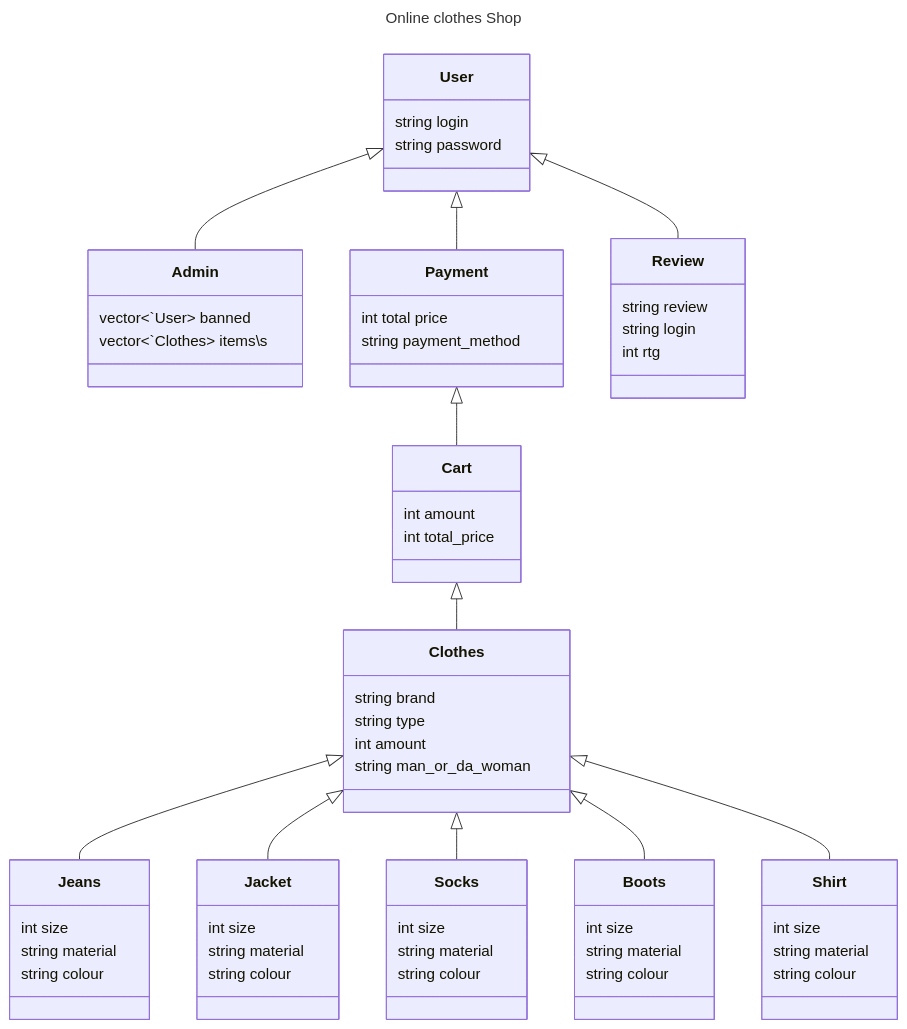
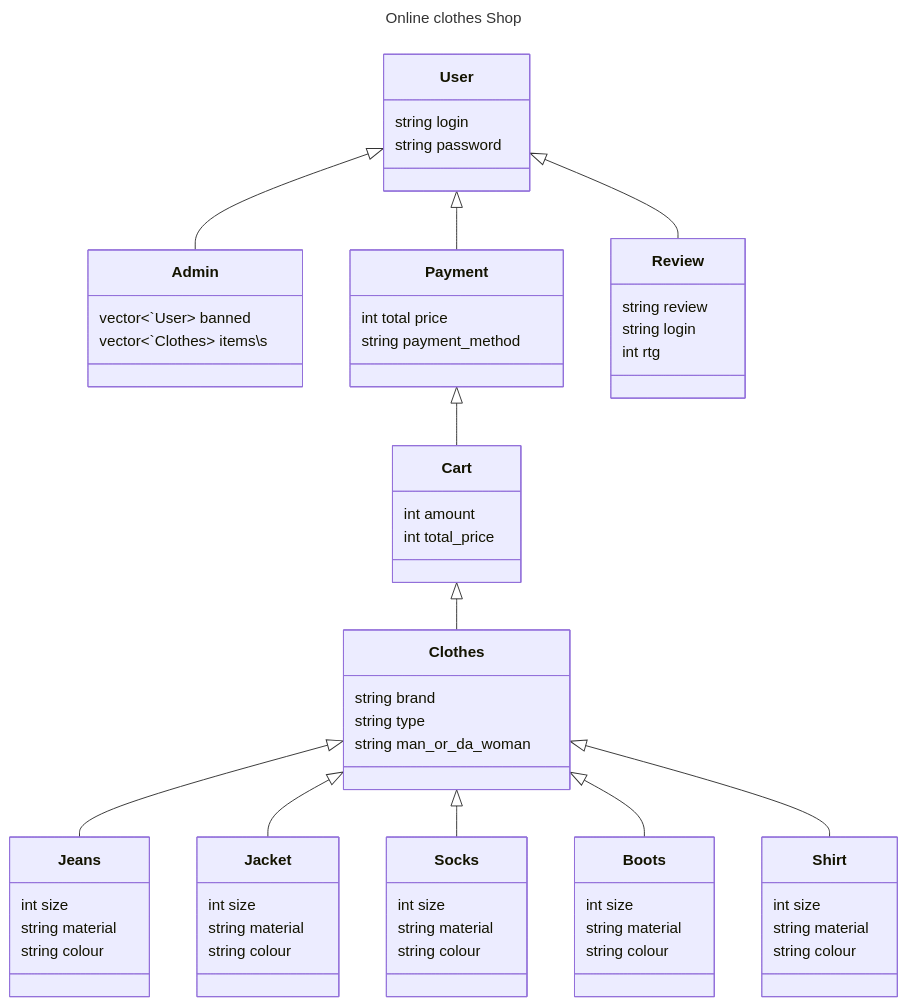
The diagram in README.md (octolss/team_lead), drawn with Mermaid before and after one commit. The commit also changed 1 other file, not shown here.

````diff
--- a/README.md
+++ b/README.md
@@ -1,82 +1,81 @@
 ```mermaid
 ---
 title: Online clothes Shop
 ---
 classDiagram
     User<|--Admin
     Payment <|-- Cart
     User <|-- Payment
     User<|--Review
     Cart <|-- Clothes
     Clothes <|-- Jeans
     Clothes <|-- Jacket
     Clothes <|-- Socks
     Clothes <|-- Boots
     Clothes <|-- Shirt
 
 
     class User{
         string login
         string password
     }
 
     class Admin{
         vector<`User> banned
         vector<`Clothes> items\s
     }
 
     class Clothes{
         string brand
         string type
-        int amount
         string man_or_da_woman
     }
 
     class Review{
         string review
         string login
         int rtg
     }
 
     class Cart{
         int amount
         int total_price
     }
 
     class Payment{
         int total price
         string payment_method
     }
 
     class Jeans{
         int size
         string material
         string colour
     }
 
     class Jacket{
         int size
         string material
         string colour
     }
 
     class Socks{
         int size
         string material
         string colour
     }
 
     class Boots{
         int size
         string material
         string colour
     }
 
     class Shirt{
         int size
         string material
         string colour
     }
     
 
 ```
````
